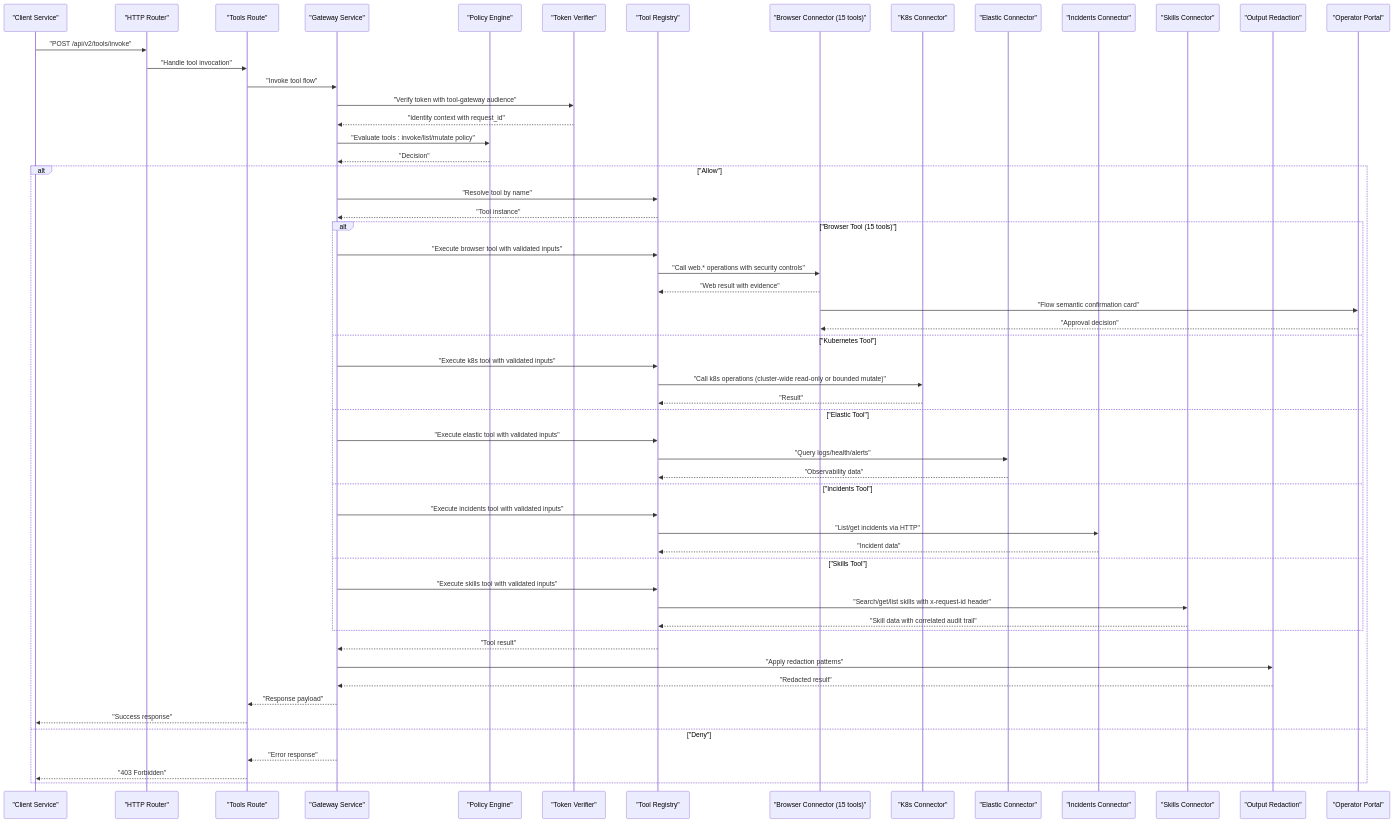
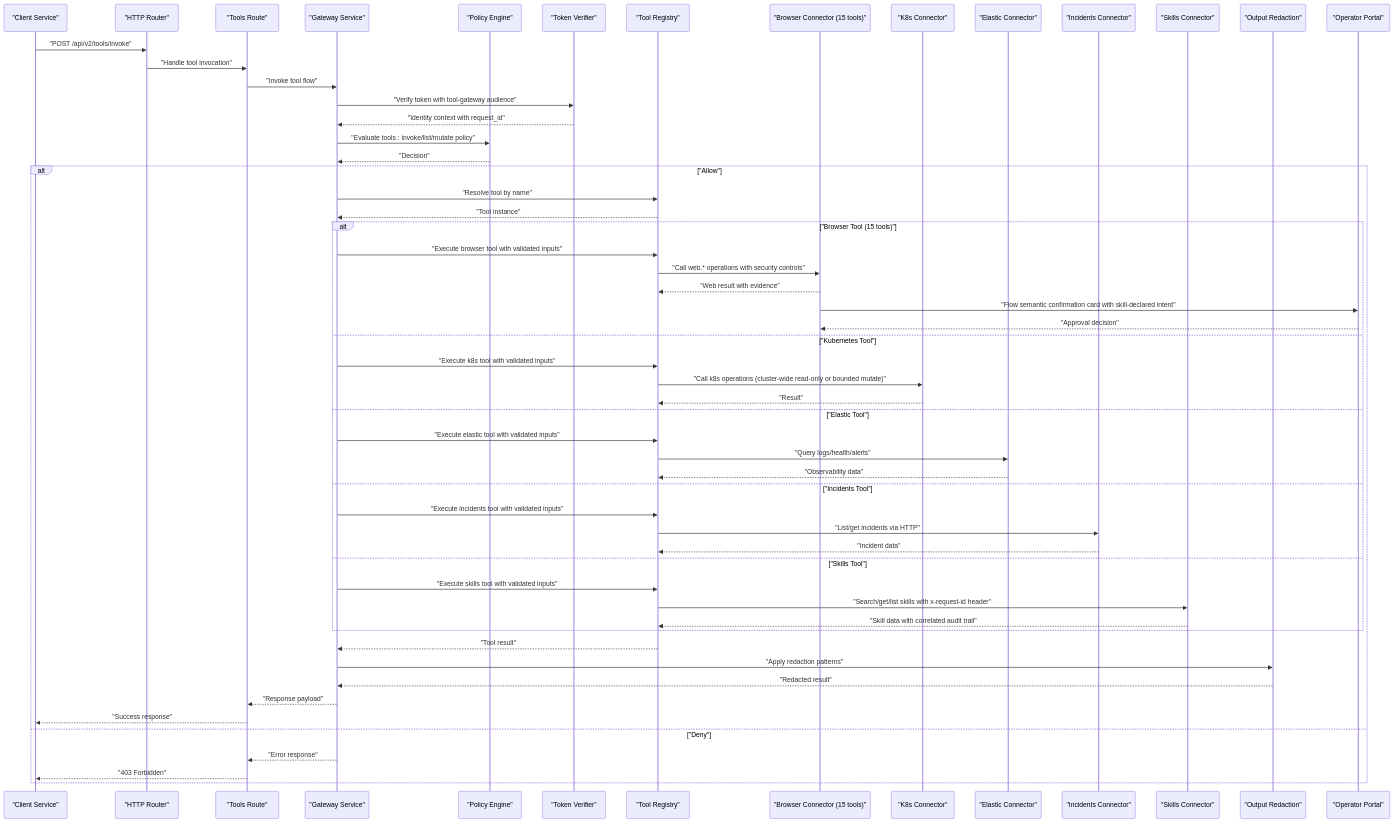
The second of 15 diagrams in .qoder/repowiki/en/content/Tool Gateway Service/Tool Gateway Service.md (metasync/luban-aiops), drawn with Mermaid before and after one commit. The commit also changed other lines of this file and 6 other files, not shown here.

````diff
--- a/.qoder/repowiki/en/content/Tool Gateway Service/Tool Gateway Service.md
+++ b/.qoder/repowiki/en/content/Tool Gateway Service/Tool Gateway Service.md
@@ -236,59 +241,59 @@
 ```mermaid
 sequenceDiagram
 participant Client as "Client Service"
 participant Router as "HTTP Router"
 participant ToolsRoute as "Tools Route"
 participant Gateway as "Gateway Service"
 participant Policy as "Policy Engine"
 participant Token as "Token Verifier"
 participant Registry as "Tool Registry"
 participant Browser as "Browser Connector (15 tools)"
 participant K8s as "K8s Connector"
 participant Elastic as "Elastic Connector"
 participant Incidents as "Incidents Connector"
 participant Skills as "Skills Connector"
 participant Redaction as "Output Redaction"
 participant Portal as "Operator Portal"
 Client->>Router : "POST /api/v2/tools/invoke"
 Router->>ToolsRoute : "Handle tool invocation"
 ToolsRoute->>Gateway : "Invoke tool flow"
 Gateway->>Token : "Verify token with tool-gateway audience"
 Token-->>Gateway : "Identity context with request_id"
 Gateway->>Policy : "Evaluate tools : invoke/list/mutate policy"
 Policy-->>Gateway : "Decision"
 alt "Allow"
 Gateway->>Registry : "Resolve tool by name"
 Registry-->>Gateway : "Tool instance"
 alt "Browser Tool (15 tools)"
 Gateway->>Registry : "Execute browser tool with validated inputs"
 Registry->>Browser : "Call web.* operations with security controls"
 Browser-->>Registry : "Web result with evidence"
-Browser->>Portal : "Flow semantic confirmation card"
+Browser->>Portal : "Flow semantic confirmation card with skill-declared intent"
 Portal-->>Browser : "Approval decision"
 else "Kubernetes Tool"
 Gateway->>Registry : "Execute k8s tool with validated inputs"
 Registry->>K8s : "Call k8s operations (cluster-wide read-only or bounded mutate)"
 K8s-->>Registry : "Result"
 else "Elastic Tool"
 Gateway->>Registry : "Execute elastic tool with validated inputs"
 Registry->>Elastic : "Query logs/health/alerts"
 Elastic-->>Registry : "Observability data"
 else "Incidents Tool"
 Gateway->>Registry : "Execute incidents tool with validated inputs"
 Registry->>Incidents : "List/get incidents via HTTP"
 Incidents-->>Registry : "Incident data"
 else "Skills Tool"
 Gateway->>Registry : "Execute skills tool with validated inputs"
 Registry->>Skills : "Search/get/list skills with x-request-id header"
 Skills-->>Registry : "Skill data with correlated audit trail"
 end
 Registry-->>Gateway : "Tool result"
 Gateway->>Redaction : "Apply redaction patterns"
 Redaction-->>Gateway : "Redacted result"
 Gateway-->>ToolsRoute : "Response payload"
 ToolsRoute-->>Client : "Success response"
 else "Deny"
 Gateway-->>ToolsRoute : "Error response"
 ToolsRoute-->>Client : "403 Forbidden"
 end
 ```
````
